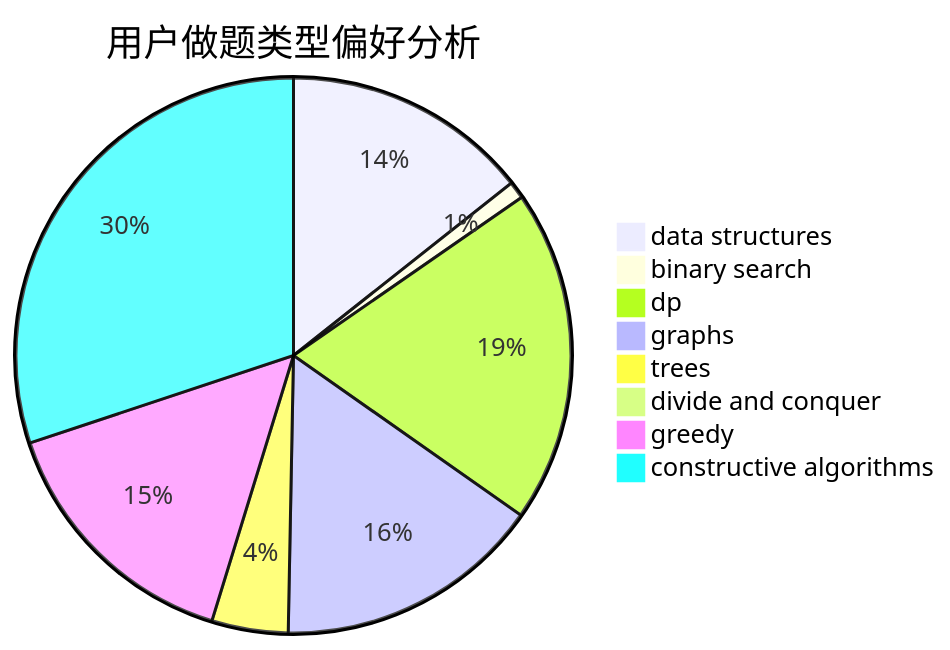
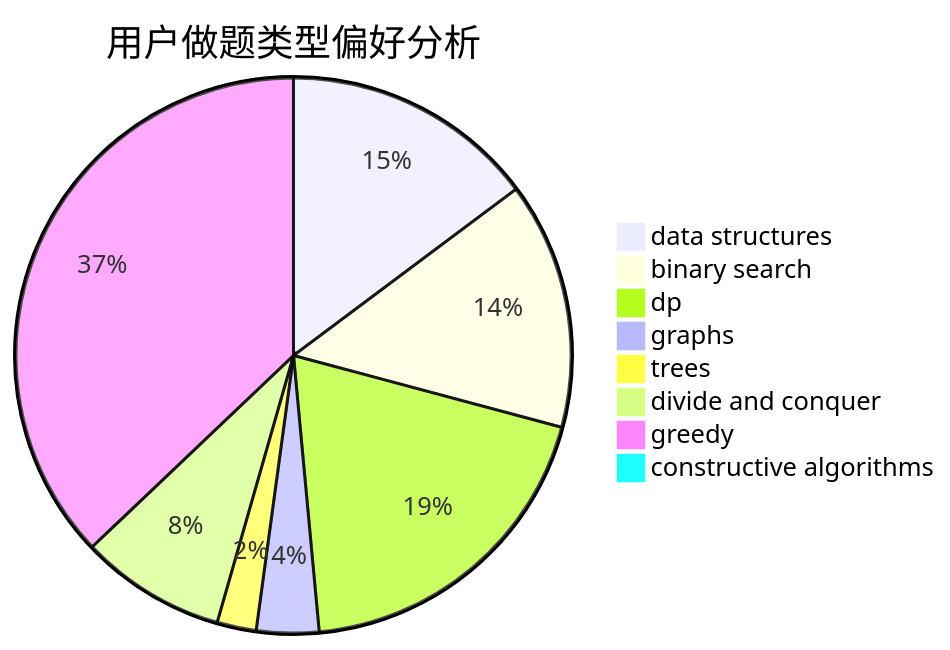
The second of 3 diagrams in docs/user/u928.md (sherpahu/cfrs.github.io), drawn with Mermaid before and after one commit. The commit also changed other lines of this file and 2770 other files, not shown here.

````diff
--- a/docs/user/u928.md
+++ b/docs/user/u928.md
@@ -23,11 +23,11 @@
 ```mermaid
 pie title 用户做题类型偏好分析
-    "data structures" :  71
-    "binary search" :  5
-    "dp" :  96
-    "graphs" :  77
-    "trees" :  22
-    "divide and conquer" :  0
-    "greedy" :  75
-    "constructive algorithms" :  149
+    "data structures" :  110
+    "binary search" :  107
+    "dp" :  144
+    "graphs" :  27
+    "trees" :  17
+    "divide and conquer" :  63
+    "greedy" :  276
+    "constructive algorithms" :  2
 ```
````
